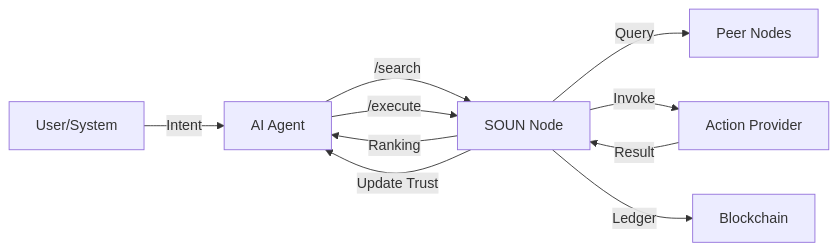
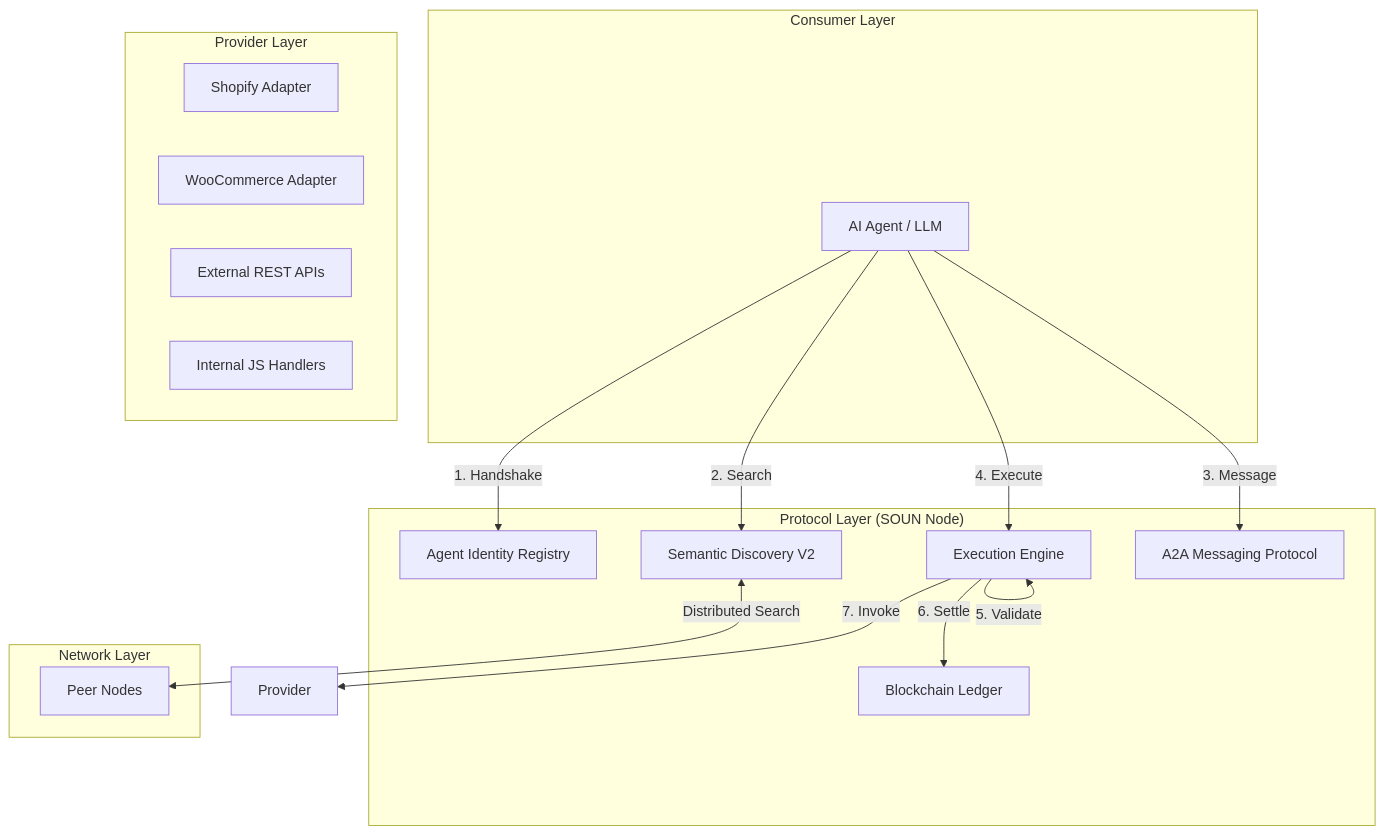
The diagram in README.md (abhishek462307/SOUN), drawn with Mermaid before and after one commit. The commit also changed other lines of this file and 18 other files, not shown here.

First line of the commit message:
feat: add agent-to-agent messaging and multi-currency blockchain support

````diff
--- a/README.md
+++ b/README.md
@@ -19,12 +21,34 @@
 ```mermaid
-graph LR
-    User[User/System] -->|Intent| Agent[AI Agent]
-    Agent -->|/search| Soun[SOUN Node]
-    Soun -->|Query| Peers[Peer Nodes]
-    Soun -->|Ranking| Agent
-    Agent -->|/execute| Soun
-    Soun -->|Invoke| Provider[Action Provider]
-    Provider -->|Result| Soun
-    Soun -->|Ledger| Blockchain[Blockchain]
-    Soun -->|Update Trust| Agent
+graph TD
+    subgraph "Consumer Layer"
+        Agent[AI Agent / LLM]
+    end
+
+    subgraph "Protocol Layer (SOUN Node)"
+        Identity[Agent Identity Registry]
+        Discovery[Semantic Discovery V2]
+        Engine[Execution Engine]
+        Messaging[A2A Messaging Protocol]
+        Ledger[Blockchain Ledger]
+    end
+
+    subgraph "Provider Layer"
+        Shopify[Shopify Adapter]
+        Woo[WooCommerce Adapter]
+        API[External REST APIs]
+        Local[Internal JS Handlers]
+    end
+
+    subgraph "Network Layer"
+        Peers[Peer Nodes]
+    end
+
+    Agent -->|1. Handshake| Identity
+    Agent -->|2. Search| Discovery
+    Discovery <-->|Distributed Search| Peers
+    Agent -->|3. Message| Messaging
+    Agent -->|4. Execute| Engine
+    Engine -->|5. Validate| Engine
+    Engine -->|6. Settle| Ledger
+    Engine -->|7. Invoke| Provider
 ```
````
